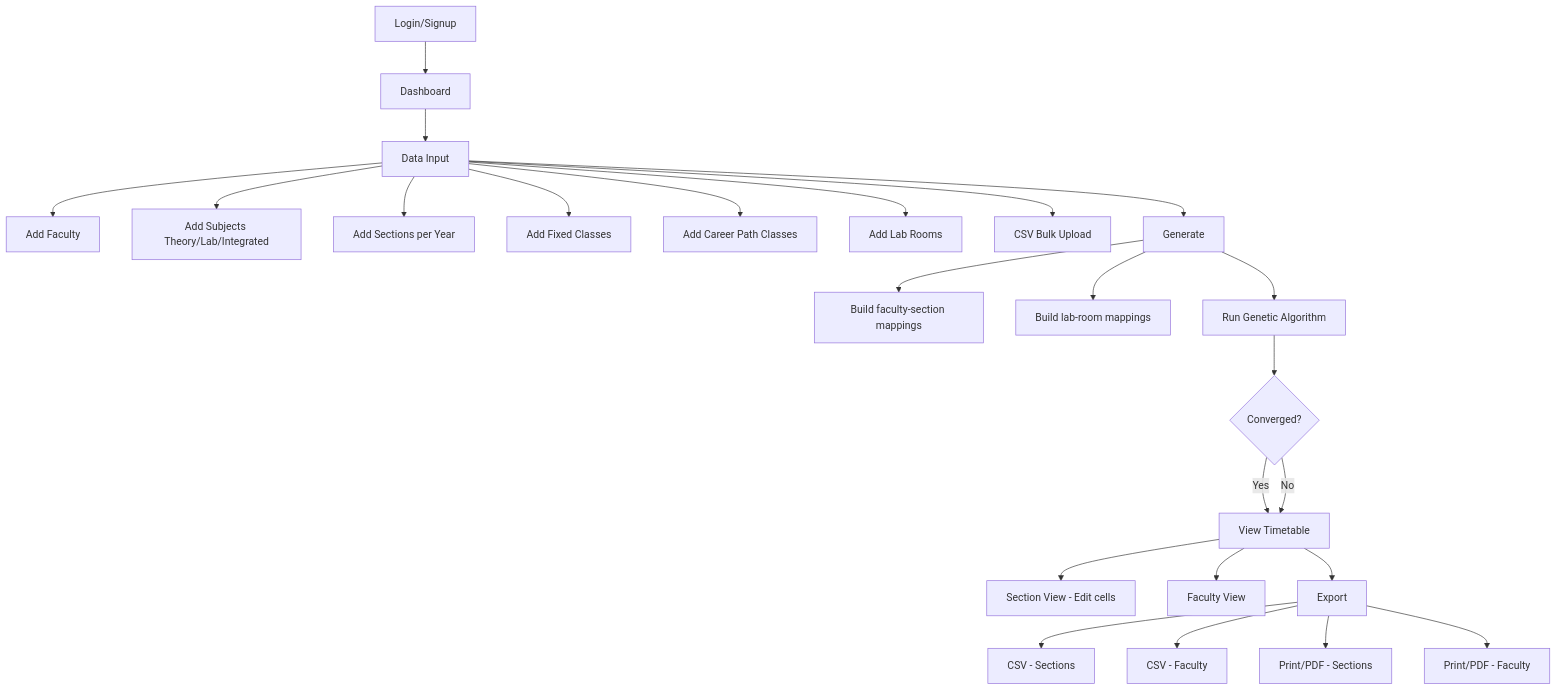
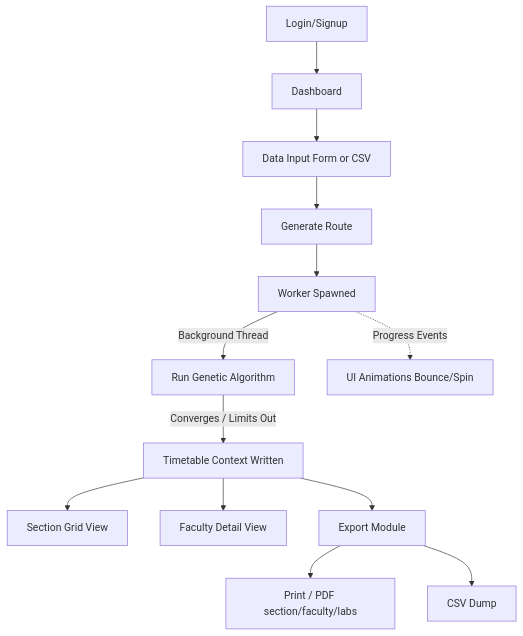
Before and after one commit to sarayuvudayana/SmartAITimetable: the diagram in project_analysis.md, drawn with Mermaid. The commit also changed other lines of this file and 38 other files, not shown here.

Commit message:
Refactor TimetableGrid for multi-view support, fixed critical syntax errors, and implemented Lab Room filtering for 2-hour blocks.

````diff
--- a/project_analysis.md
+++ b/project_analysis.md
@@ -285,26 +173,15 @@
 ```mermaid
 graph TD
     A[Login/Signup] --> B[Dashboard]
-    B --> C[Data Input]
-    C --> C1[Add Faculty]
-    C --> C2[Add Subjects Theory/Lab/Integrated]
-    C --> C3[Add Sections per Year]
-    C --> C4[Add Fixed Classes]
-    C --> C5[Add Career Path Classes]
-    C --> C6[Add Lab Rooms]
-    C --> C7[CSV Bulk Upload]
-    C --> D[Generate]
-    D --> D1[Build faculty-section mappings]
-    D --> D2[Build lab-room mappings]
-    D --> D3[Run Genetic Algorithm]
-    D3 --> D4{Converged?}
-    D4 -->|Yes| E[View Timetable]
-    D4 -->|No| E
-    E --> E1[Section View - Edit cells]
-    E --> E2[Faculty View]
-    E --> F[Export]
-    F --> F1[CSV - Sections]
-    F --> F2[CSV - Faculty]
-    F --> F3[Print/PDF - Sections]
-    F --> F4[Print/PDF - Faculty]
+    B --> C[Data Input Form or CSV]
+    C --> D[Generate Route]
+    D --> D1[Worker Spawned]
+    D1 -->|Background Thread| D2[Run Genetic Algorithm]
+    D1 -.->|Progress Events| D3[UI Animations Bounce/Spin]
+    D2 -->|Converges / Limits Out| E[Timetable Context Written]
+    E --> F1[Section Grid View]
+    E --> F2[Faculty Detail View]
+    E --> G[Export Module]
+    G --> G1[Print / PDF section/faculty/labs]
+    G --> G2[CSV Dump]
 ```
````
